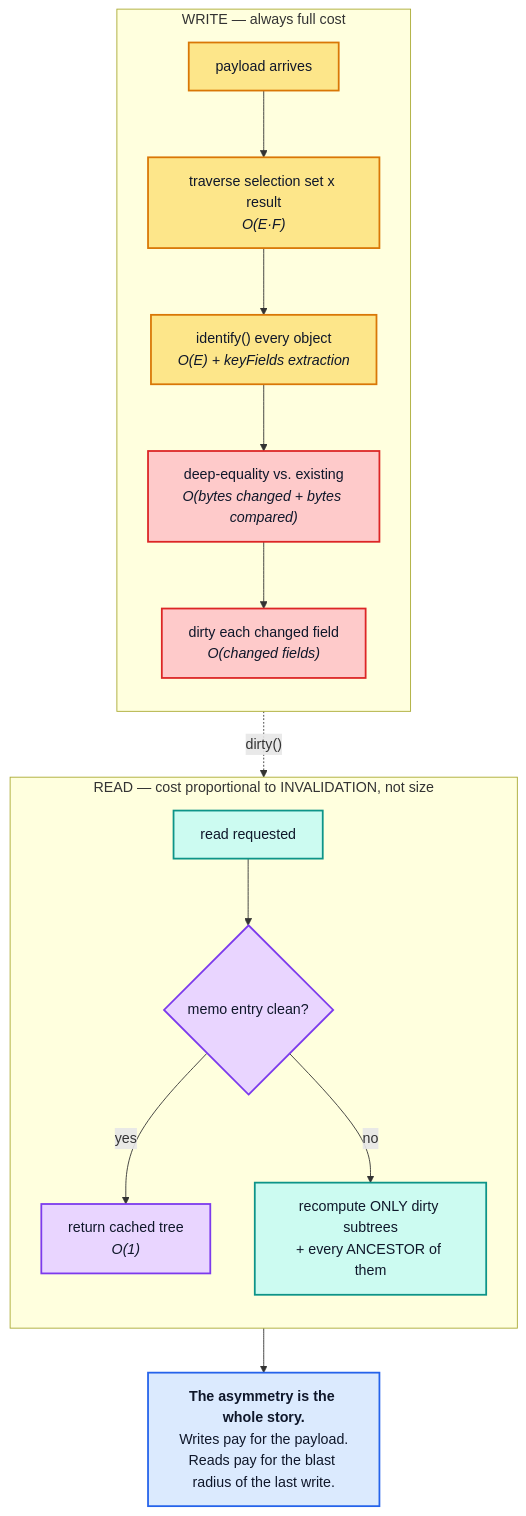
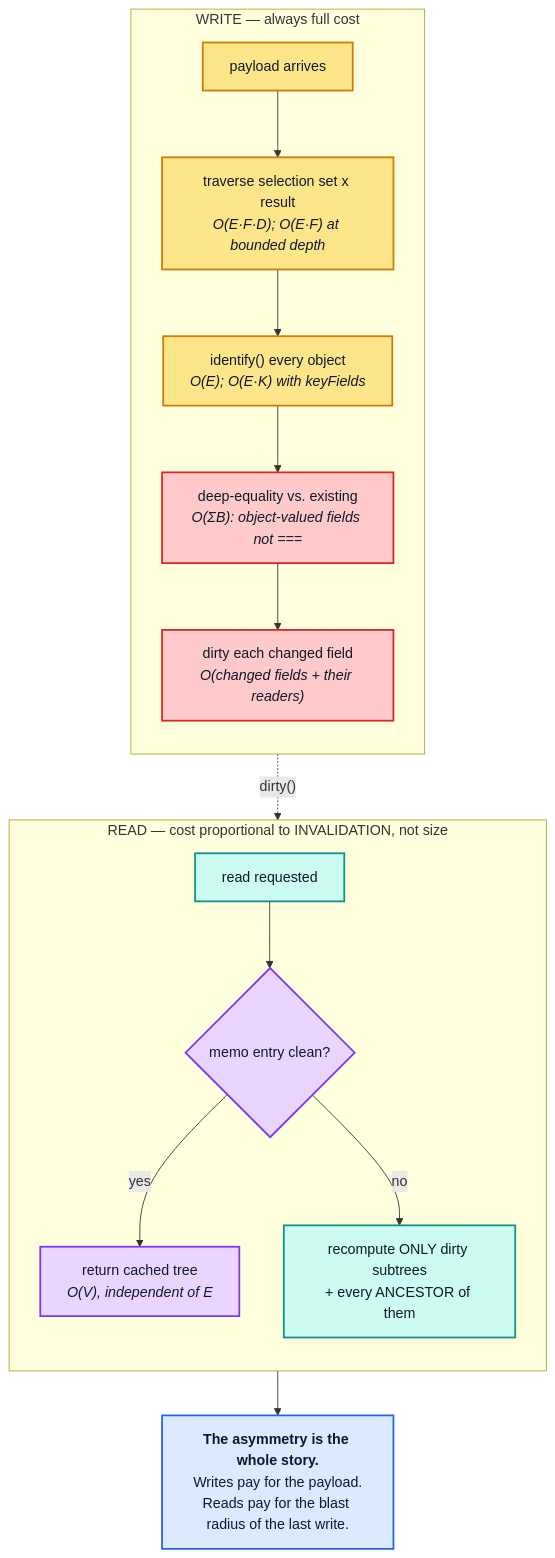
One commit to convict-git/fast-gql-cache-rs changed the second of 2 diagrams in docs/performance/01-cost-model.md. Above: the diagram before and after it, drawn with Mermaid. The commit also changed other lines of this file and 10 other files, not shown here.

First line of the commit message:
docs(perf): correct complexities and flows, define every symbol

````diff
--- a/docs/performance/01-cost-model.md
+++ b/docs/performance/01-cost-model.md
@@ -95,35 +121,35 @@
 ```mermaid
 flowchart TB
     subgraph writeside["WRITE — always full cost"]
         direction TB
         WA["payload arrives"]:::write
-        WB["traverse selection set x result<br/><i>O(E·F)</i>"]:::write
-        WC["identify() every object<br/><i>O(E) + keyFields extraction</i>"]:::write
-        WD["deep-equality vs. existing<br/><i>O(bytes changed + bytes compared)</i>"]:::dirty
-        WE["dirty each changed field<br/><i>O(changed fields)</i>"]:::dirty
+        WB["traverse selection set x result<br/><i>O(E·F·D); O(E·F) at bounded depth</i>"]:::write
+        WC["identify() every object<br/><i>O(E); O(E·K) with keyFields</i>"]:::write
+        WD["deep-equality vs. existing<br/><i>O(ΣB): object-valued fields not ===</i>"]:::dirty
+        WE["dirty each changed field<br/><i>O(changed fields + their readers)</i>"]:::dirty
         WA --> WB --> WC --> WD --> WE
     end
 
     subgraph readside["READ — cost proportional to INVALIDATION, not size"]
         direction TB
         RA["read requested"]:::read
         RB{"memo entry clean?"}:::memo
-        RC["return cached tree<br/><i>O(1)</i>"]:::memo
+        RC["return cached tree<br/><i>O(V), independent of E</i>"]:::memo
         RD["recompute ONLY dirty subtrees<br/>+ every ANCESTOR of them"]:::read
         RA --> RB
         RB -->|yes| RC
         RB -->|no| RD
     end
 
     WE -.->|"dirty()"| RB
 
     NOTE["<b>The asymmetry is the whole story.</b><br/>Writes pay for the payload.<br/>Reads pay for the blast radius of the last write."]:::api
 
     readside --> NOTE
 
     classDef api fill:#dbeafe,stroke:#2563eb,stroke-width:2px,color:#0f172a
     classDef read fill:#ccfbf1,stroke:#0d9488,stroke-width:2px,color:#0f172a
     classDef write fill:#fde68a,stroke:#d97706,stroke-width:2px,color:#0f172a
     classDef memo fill:#e9d5ff,stroke:#7c3aed,stroke-width:2px,color:#0f172a
     classDef dirty fill:#fecaca,stroke:#dc2626,stroke-width:2px,color:#0f172a
 ```
````
